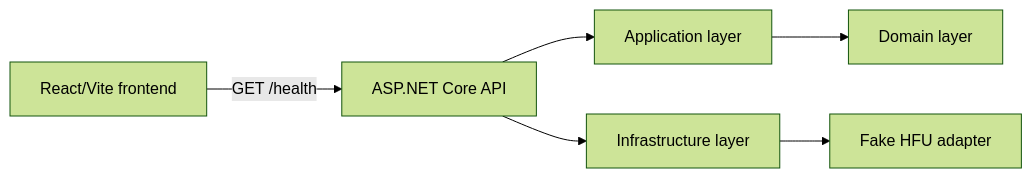
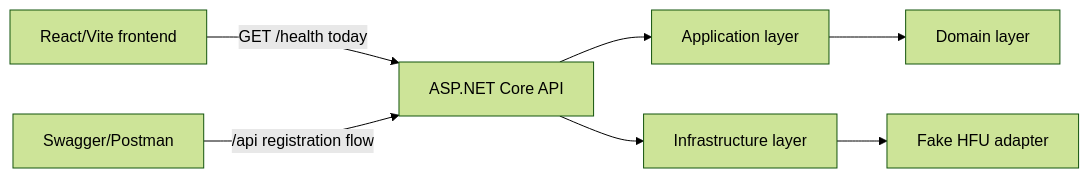
Before and after one commit to DimasTkachenko/HFU.AiCallCenter: the first of 2 diagrams in docs/architecture.md, drawn with Mermaid (forest theme). The commit also changed other lines of this file and 20 other files, not shown here.

````diff
--- a/docs/architecture.md
+++ b/docs/architecture.md
@@ -9,8 +9,9 @@
 ```mermaid
 flowchart LR
-    Browser["React/Vite frontend"] -->|GET /health| Api["ASP.NET Core API"]
+    Browser["React/Vite frontend"] -->|GET /health today| Api["ASP.NET Core API"]
+    Manual["Swagger/Postman"] -->|/api registration flow| Api
     Api --> App["Application layer"]
     App --> Domain["Domain layer"]
     Api --> Infra["Infrastructure layer"]
     Infra --> FakeHfu["Fake HFU adapter"]
 ```
````
